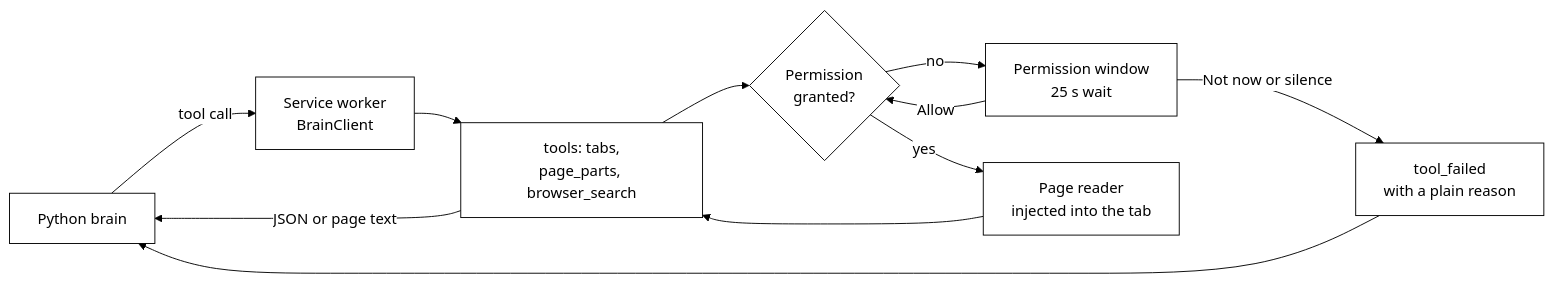
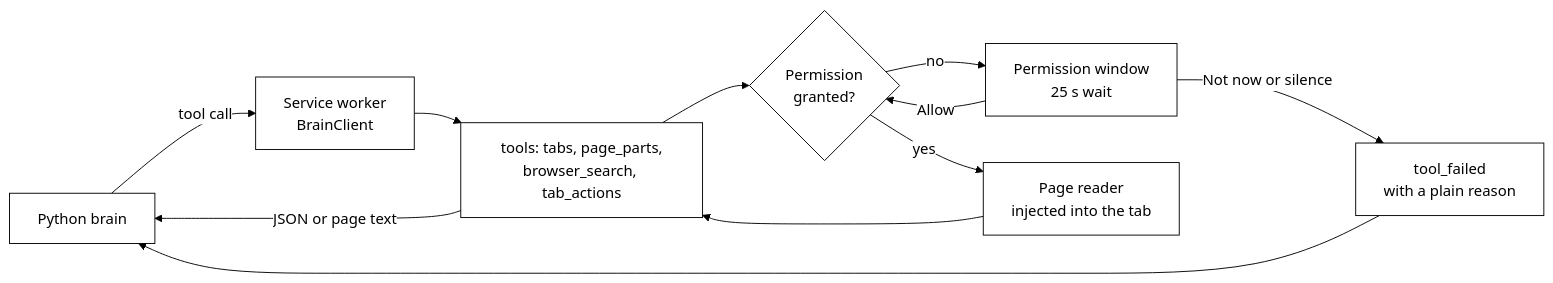
Before and after one commit to nadeem4/tagalong: the first of 2 diagrams in docs/browser-body.md, drawn with Mermaid. The commit also changed other lines of this file and 46 other files, not shown here.

First line of the commit message:
feat(browser): tab actions, asking from the page, display-less bodies (12c) (#204)

````diff
--- a/docs/browser-body.md
+++ b/docs/browser-body.md
@@ -43,14 +47,14 @@
 ```mermaid
 %%{init: {'theme':'base','themeVariables':{'primaryColor':'#ffffff','primaryTextColor':'#000000','primaryBorderColor':'#000000','lineColor':'#000000'}}}%%
 flowchart LR
   B["Python brain"] -->|"tool call"| W["Service worker<br>BrainClient"]
-  W --> T["tools: tabs,<br>page_parts, browser_search"]
+  W --> T["tools: tabs, page_parts,<br>browser_search, tab_actions"]
   T --> P{"Permission<br>granted?"}
   P -->|"no"| X["Permission window<br>25 s wait"]
   X -->|"Allow"| P
   X -->|"Not now or silence"| E["tool_failed<br>with a plain reason"]
   P -->|"yes"| R["Page reader<br>injected into the tab"]
   R --> T
   T -->|"JSON or page text"| B
   E --> B
 ```
````
